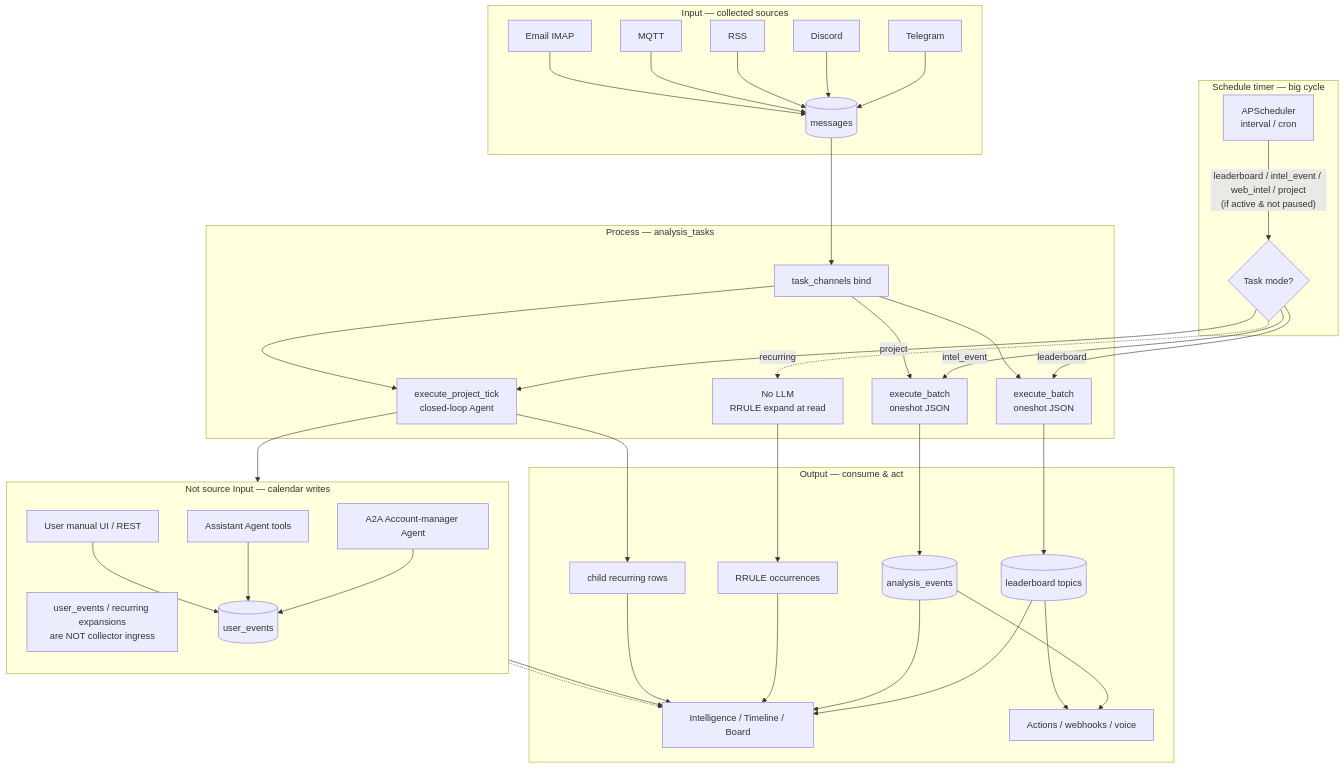
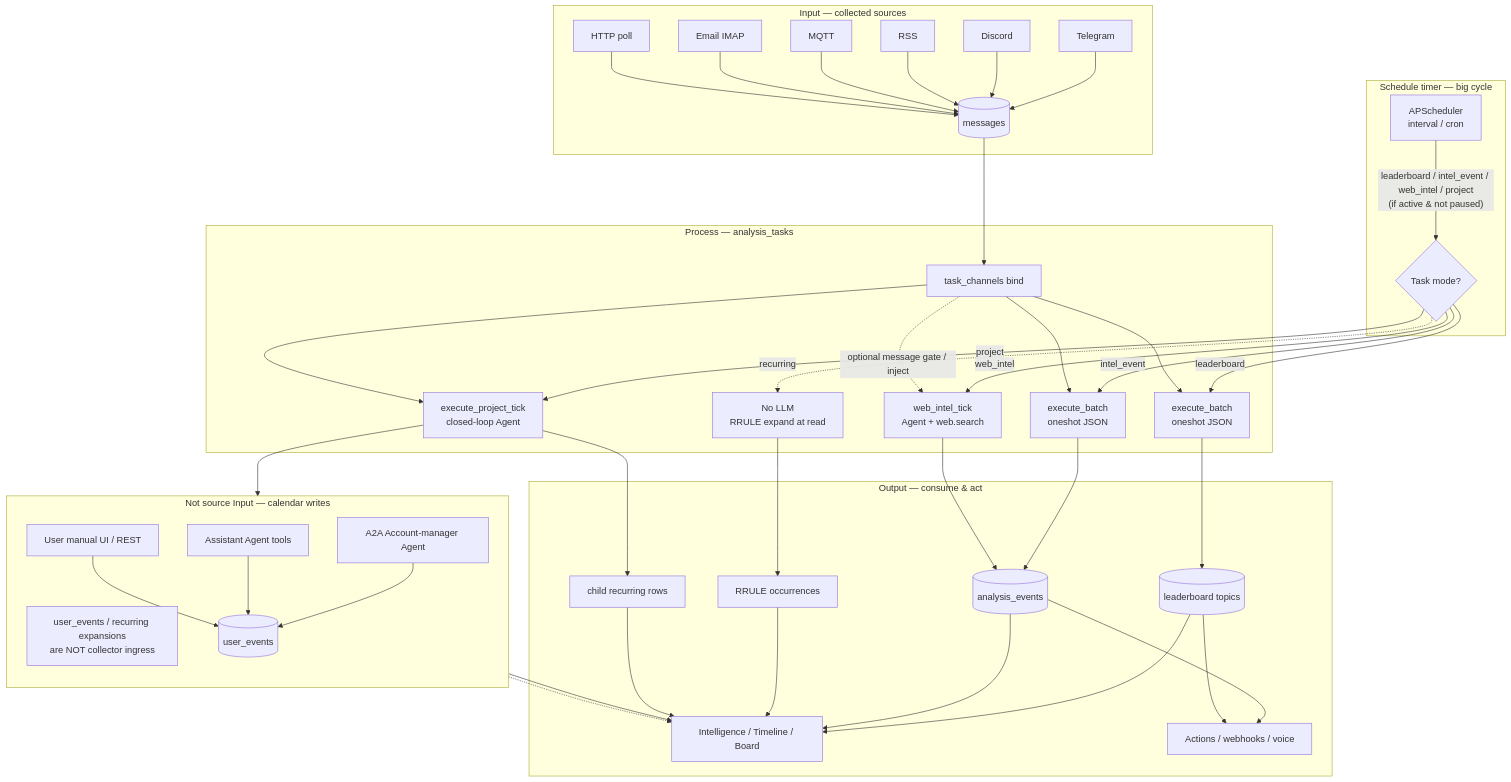
Before and after one commit to Wing9897/im: the first of 4 diagrams in docs/diagrams/README.md, drawn with Mermaid. The commit also changed other lines of this file and 470 other files, not shown here.

First line of the commit message:
Hard-cut tech-debt refactor: unify sources API, schema stamp 15, and module boundaries.

````diff
--- a/docs/diagrams/README.md
+++ b/docs/diagrams/README.md
@@ -9,48 +9,52 @@
 ```mermaid
 flowchart TB
   subgraph INPUT["Input — collected sources"]
     TG[Telegram]
     DC[Discord]
     RSS[RSS]
     MQTT[MQTT]
     EM[Email IMAP]
-    TG & DC & RSS & MQTT & EM --> MSG[(messages)]
+    HTTP[HTTP poll]
+    TG & DC & RSS & MQTT & EM & HTTP --> MSG[(messages)]
   end
 
   subgraph SIDE["Not source Input — calendar writes"]
     direction TB
     NOTE["user_events / recurring expansions<br/>are NOT collector ingress"]
     MAN[User manual UI / REST]
     AST[Assistant Agent tools]
     A2A[A2A Account-manager Agent]
     MAN & AST & A2A --> UE[(user_events)]
   end
 
   subgraph TIMER["Schedule timer — big cycle"]
     AP[APScheduler<br/>interval / cron]
     AP -->|"leaderboard / intel_event / web_intel / project<br/>(if active & not paused)"| DISPATCH
   end
 
   subgraph PROCESS["Process — analysis_tasks"]
     DISPATCH{Task mode?}
     DISPATCH -->|leaderboard| LB[execute_batch<br/>oneshot JSON]
     DISPATCH -->|intel_event| EV[execute_batch<br/>oneshot JSON]
+    DISPATCH -->|web_intel| WI[web_intel_tick<br/>Agent + web.search]
     DISPATCH -->|project| PM[execute_project_tick<br/>closed-loop Agent]
     DISPATCH -.->|recurring| RC[No LLM<br/>RRULE expand at read]
     MSG --> TC[task_channels bind]
     TC --> LB & EV & PM
+    TC -.->|"optional message gate / inject"| WI
   end
 
   subgraph OUTPUT["Output — consume & act"]
     LB --> TOP[(leaderboard topics)]
     EV --> AE[(analysis_events)]
+    WI --> AE
     PM --> UE
     PM --> CHILD[child recurring rows]
     RC --> OCC[RRULE occurrences]
     TOP & AE --> UI[Intelligence / Timeline / Board]
     UE & OCC & CHILD --> UI
     AE & TOP --> ACT[Actions / webhooks / voice]
   end
 
   SIDE -.-> UI
 ```
````
